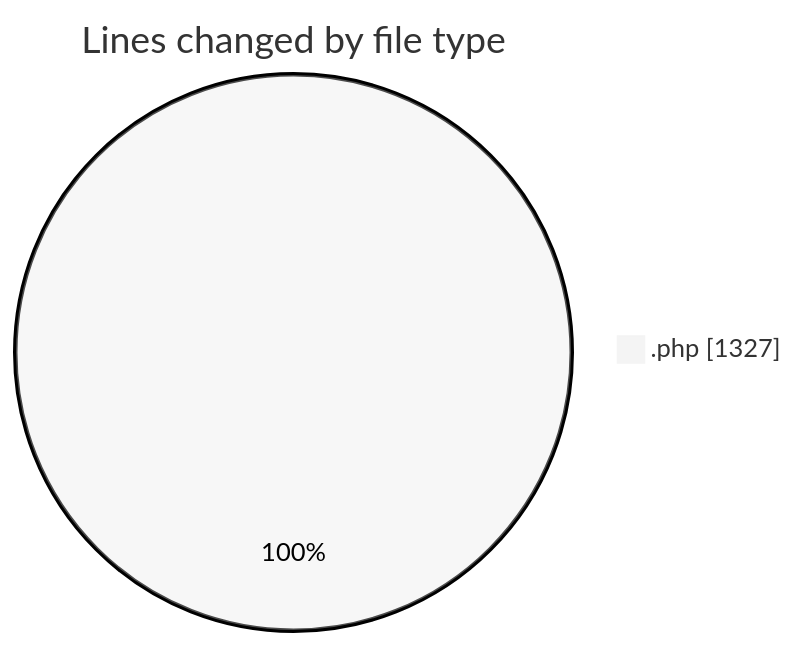
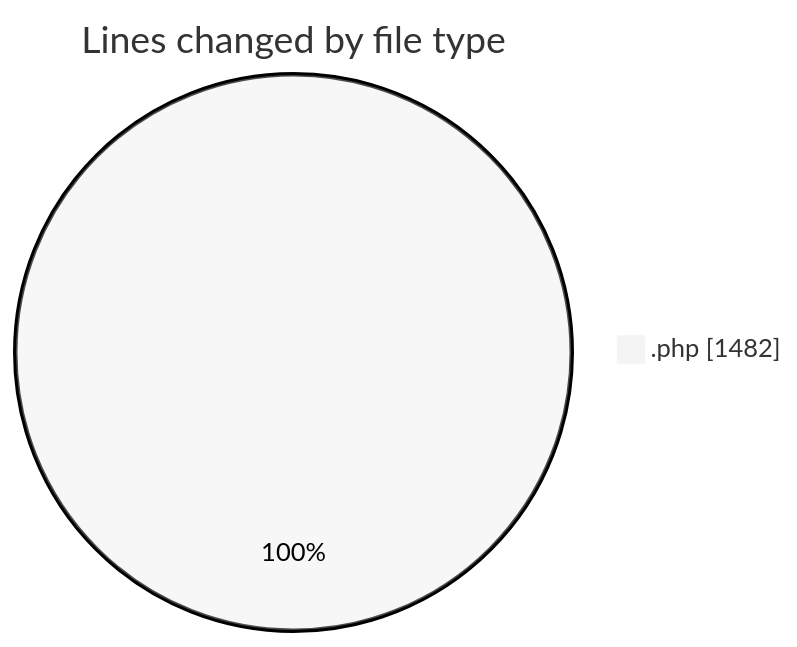
One commit to debugP/code-tracking changed the first of 2 diagrams in 2026-07-09/wp-content/README.md. Above: the diagram before and after it, drawn with Mermaid (neutral theme). The commit also changed other lines of this file and 1 other file, not shown here.

````diff
--- a/2026-07-09/wp-content/README.md
+++ b/2026-07-09/wp-content/README.md
@@ -22,5 +22,5 @@
 ```mermaid
 pie showData
 title Lines changed by file type
-".php" : 1327
+".php" : 1482
 ```
````
